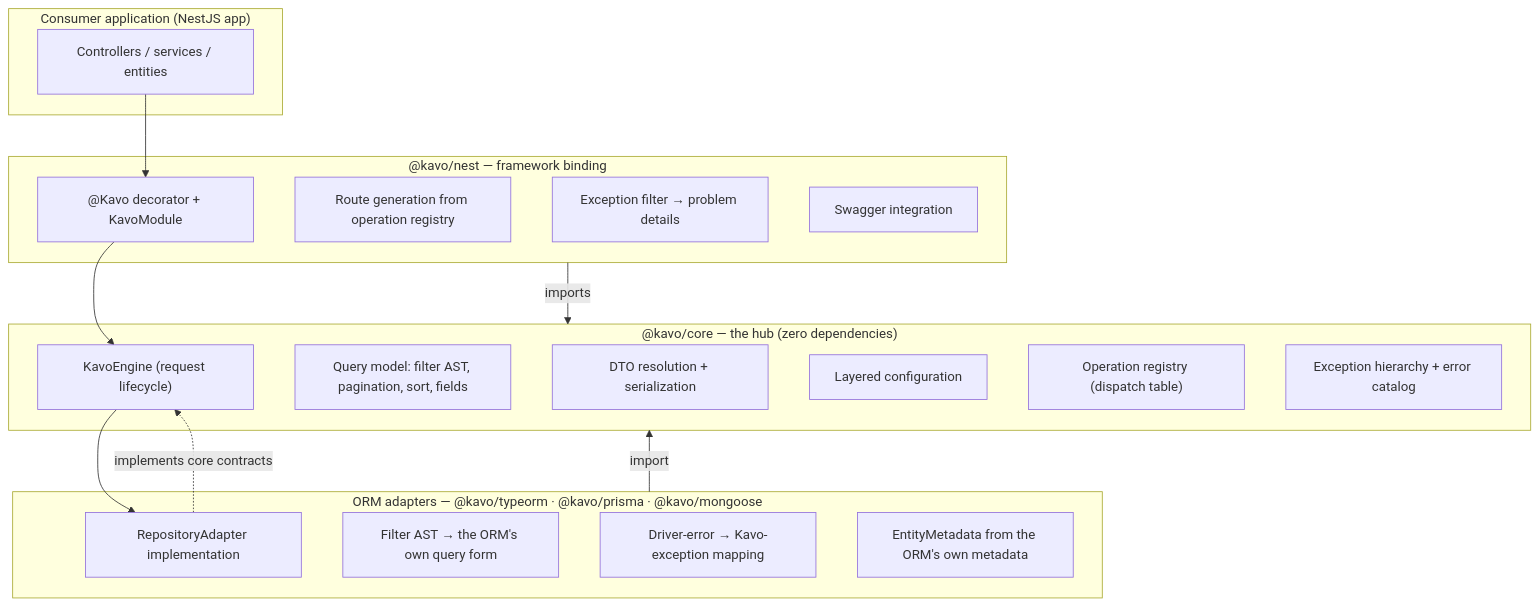
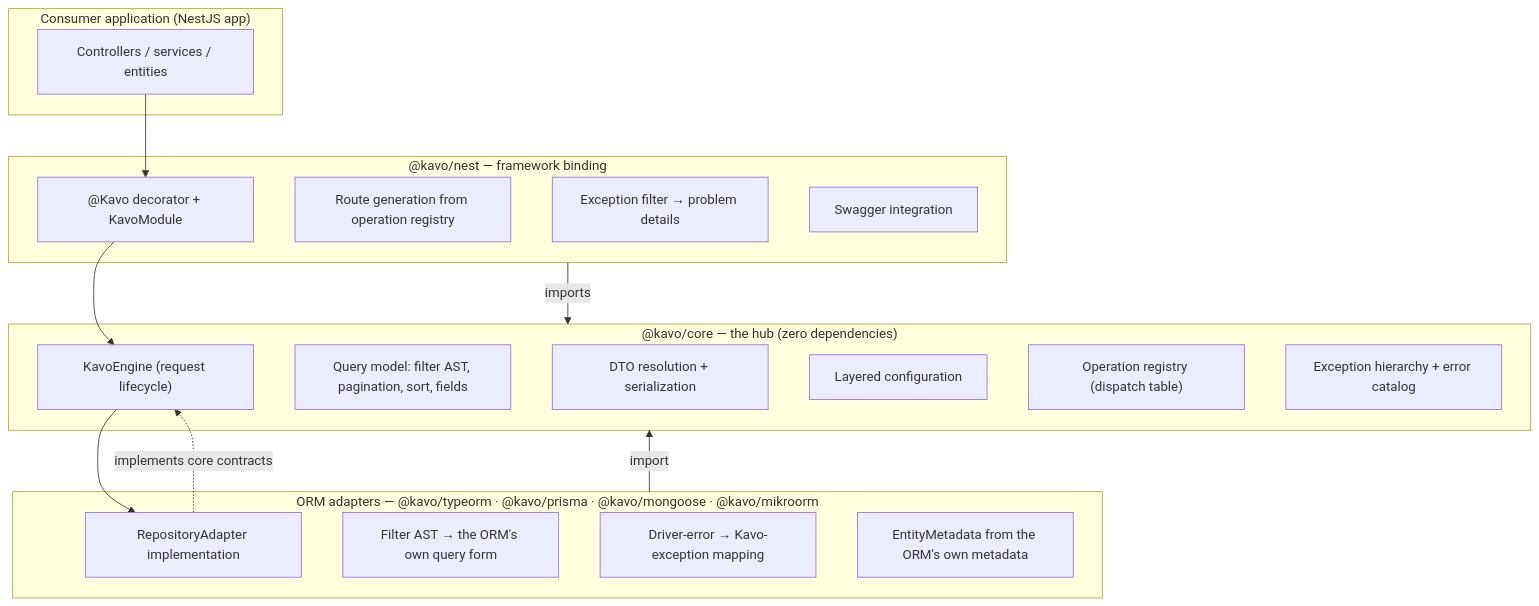
Before and after one commit to hosseinsalemi/crudo: the first of 5 diagrams in docs/internals/architecture/01-system-architecture.md, drawn with Mermaid. The commit also changed other lines of this file and 65 other files, not shown here.

First line of the commit message:
feat(mikroorm): add @kavo/mikroorm adapter with parity to @kavo/typeorm (#104)

````diff
--- a/docs/internals/architecture/01-system-architecture.md
+++ b/docs/internals/architecture/01-system-architecture.md
@@ -22,36 +22,36 @@
 ```mermaid
 flowchart TB
     subgraph consumer["Consumer application (NestJS app)"]
         C[Controllers / services / entities]
     end
 
     subgraph nest["@kavo/nest — framework binding"]
         N1["@Kavo decorator + KavoModule"]
         N2[Route generation from operation registry]
         N3[Exception filter → problem details]
         N4[Swagger integration]
     end
 
     subgraph core["@kavo/core — the hub (zero dependencies)"]
         E["KavoEngine (request lifecycle)"]
         Q[Query model: filter AST, pagination, sort, fields]
         D[DTO resolution + serialization]
         CF[Layered configuration]
         R["Operation registry (dispatch table)"]
         X[Exception hierarchy + error catalog]
     end
 
-    subgraph adapters["ORM adapters — @kavo/typeorm · @kavo/prisma · @kavo/mongoose"]
+    subgraph adapters["ORM adapters — @kavo/typeorm · @kavo/prisma · @kavo/mongoose · @kavo/mikroorm"]
         T1["RepositoryAdapter implementation"]
         T2["Filter AST → the ORM's own query form"]
         T3[Driver-error → Kavo-exception mapping]
         T4["EntityMetadata from the ORM's own metadata"]
     end
 
     C --> N1
     N1 --> E
     E --> T1
     T1 -.->|implements core contracts| E
     nest -->|imports| core
     adapters -->|import| core
 ```
````
